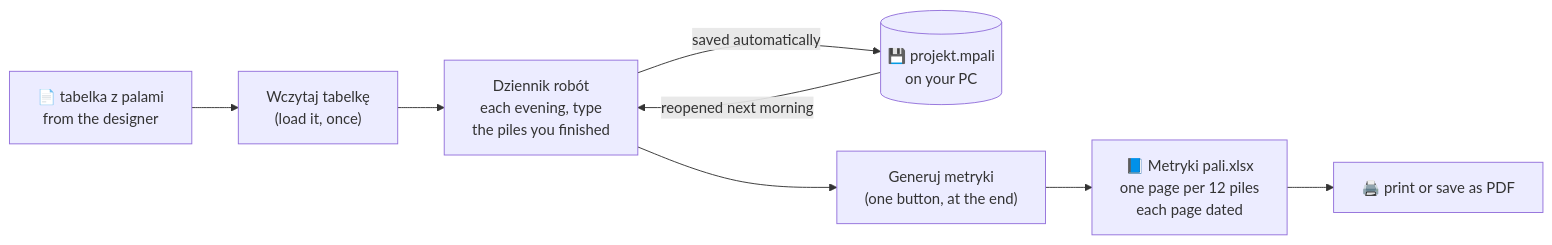
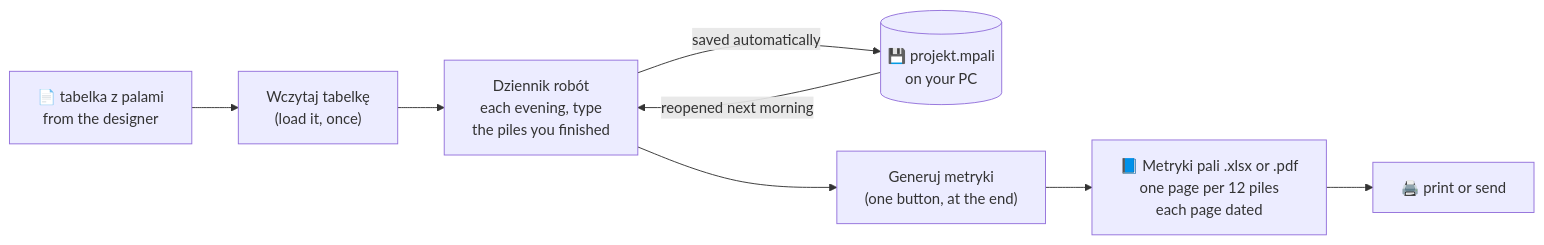
The first of 3 diagrams in README.md (Zaksor/KamilPile), drawn with Mermaid before and after one commit. The commit also changed other lines of this file and 13 other files, not shown here.

````diff
--- a/README.md
+++ b/README.md
@@ -30,10 +30,10 @@
 ```mermaid
 flowchart LR
     A["📄 tabelka z palami<br/>from the designer"] --> B["Wczytaj tabelkę<br/>(load it, once)"]
     B --> C["Dziennik robót<br/>each evening, type<br/>the piles you finished"]
     C -->|"saved automatically"| D[("💾 projekt.mpali<br/>on your PC")]
     D -->|"reopened next morning"| C
     C --> E["Generuj metryki<br/>(one button, at the end)"]
-    E --> F["📘 Metryki pali.xlsx<br/>one page per 12 piles<br/>each page dated"]
-    F --> G["🖨️ print or save as PDF"]
+    E --> F["📘 Metryki pali .xlsx or .pdf<br/>one page per 12 piles<br/>each page dated"]
+    F --> G["🖨️ print or send"]
 ```
````
